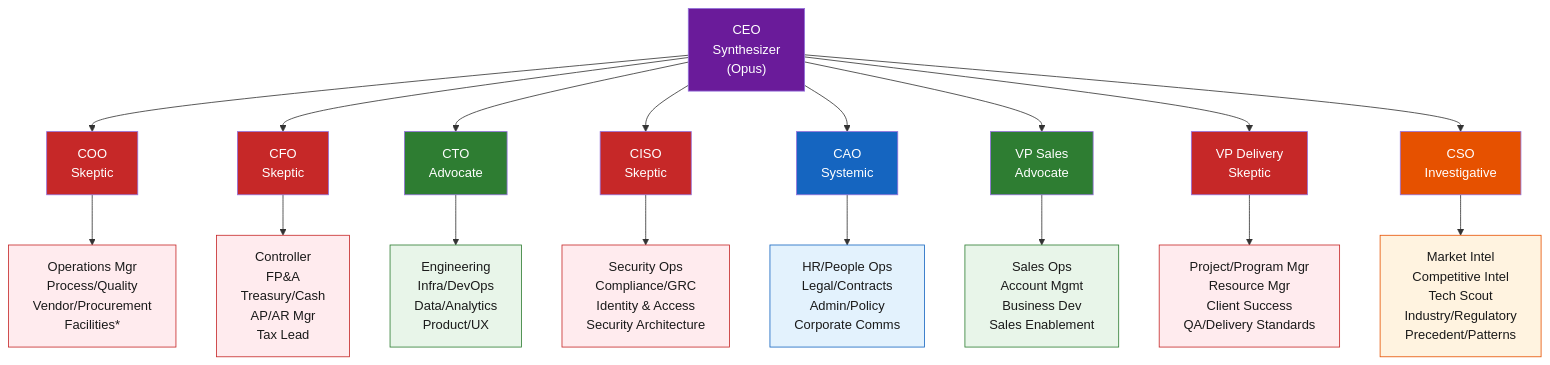
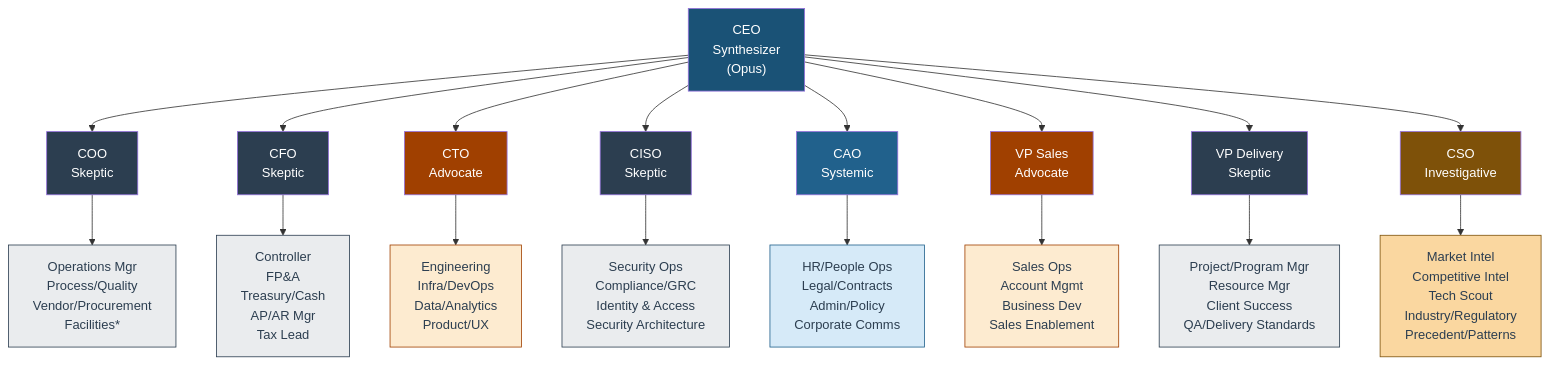
The sixth of 13 diagrams in README.md (apatheticus/corporate-decision-panel), drawn with Mermaid before and after one commit. The commit also changed other lines of this file and 6 other files, not shown here.

````diff
--- a/README.md
+++ b/README.md
@@ -335,44 +945,44 @@
 ```mermaid
 flowchart TD
     CEO["CEO\nSynthesizer\n(Opus)"]
 
     COO["COO\nSkeptic"]
     CFO["CFO\nSkeptic"]
     CTO["CTO\nAdvocate"]
     CISO["CISO\nSkeptic"]
     CAO["CAO\nSystemic"]
     VPS["VP Sales\nAdvocate"]
     VPD["VP Delivery\nSkeptic"]
     CSO["CSO\nInvestigative"]
 
     CEO --> COO & CFO & CTO & CISO
     CEO --> CAO & VPS & VPD & CSO
 
     COO --> COO_TL["Operations Mgr\nProcess/Quality\nVendor/Procurement\nFacilities*"]
     CFO --> CFO_TL["Controller\nFP&A\nTreasury/Cash\nAP/AR Mgr\nTax Lead"]
     CTO --> CTO_TL["Engineering\nInfra/DevOps\nData/Analytics\nProduct/UX"]
     CISO --> CISO_TL["Security Ops\nCompliance/GRC\nIdentity & Access\nSecurity Architecture"]
     CAO --> CAO_TL["HR/People Ops\nLegal/Contracts\nAdmin/Policy\nCorporate Comms"]
     VPS --> VPS_TL["Sales Ops\nAccount Mgmt\nBusiness Dev\nSales Enablement"]
     VPD --> VPD_TL["Project/Program Mgr\nResource Mgr\nClient Success\nQA/Delivery Standards"]
     CSO --> CSO_TL["Market Intel\nCompetitive Intel\nTech Scout\nIndustry/Regulatory\nPrecedent/Patterns"]
 
-    style CEO fill:#6a1b9a,color:#fff
-    style COO fill:#c62828,color:#fff
-    style CFO fill:#c62828,color:#fff
-    style CISO fill:#c62828,color:#fff
-    style VPD fill:#c62828,color:#fff
-    style CTO fill:#2e7d32,color:#fff
-    style VPS fill:#2e7d32,color:#fff
-    style CAO fill:#1565c0,color:#fff
-    style CSO fill:#e65100,color:#fff
+    style CEO fill:#1A5276,color:#fff
+    style COO fill:#2C3E50,color:#fff
+    style CFO fill:#2C3E50,color:#fff
+    style CISO fill:#2C3E50,color:#fff
+    style VPD fill:#2C3E50,color:#fff
+    style CTO fill:#A04000,color:#fff
+    style VPS fill:#A04000,color:#fff
+    style CAO fill:#21618C,color:#fff
+    style CSO fill:#7E5109,color:#fff
 
-    style COO_TL fill:#ffebee,stroke:#c62828,color:#1a1a1a
-    style CFO_TL fill:#ffebee,stroke:#c62828,color:#1a1a1a
-    style CISO_TL fill:#ffebee,stroke:#c62828,color:#1a1a1a
-    style VPD_TL fill:#ffebee,stroke:#c62828,color:#1a1a1a
-    style CTO_TL fill:#e8f5e9,stroke:#2e7d32,color:#1a1a1a
-    style VPS_TL fill:#e8f5e9,stroke:#2e7d32,color:#1a1a1a
-    style CAO_TL fill:#e3f2fd,stroke:#1565c0,color:#1a1a1a
-    style CSO_TL fill:#fff3e0,stroke:#e65100,color:#1a1a1a
+    style COO_TL fill:#EAECEE,stroke:#2C3E50,color:#2C3E50
+    style CFO_TL fill:#EAECEE,stroke:#2C3E50,color:#2C3E50
+    style CISO_TL fill:#EAECEE,stroke:#2C3E50,color:#2C3E50
+    style VPD_TL fill:#EAECEE,stroke:#2C3E50,color:#2C3E50
+    style CTO_TL fill:#FDEBD0,stroke:#A04000,color:#2C3E50
+    style VPS_TL fill:#FDEBD0,stroke:#A04000,color:#2C3E50
+    style CAO_TL fill:#D6EAF8,stroke:#21618C,color:#2C3E50
+    style CSO_TL fill:#FAD7A0,stroke:#7E5109,color:#2C3E50
 ```
````
